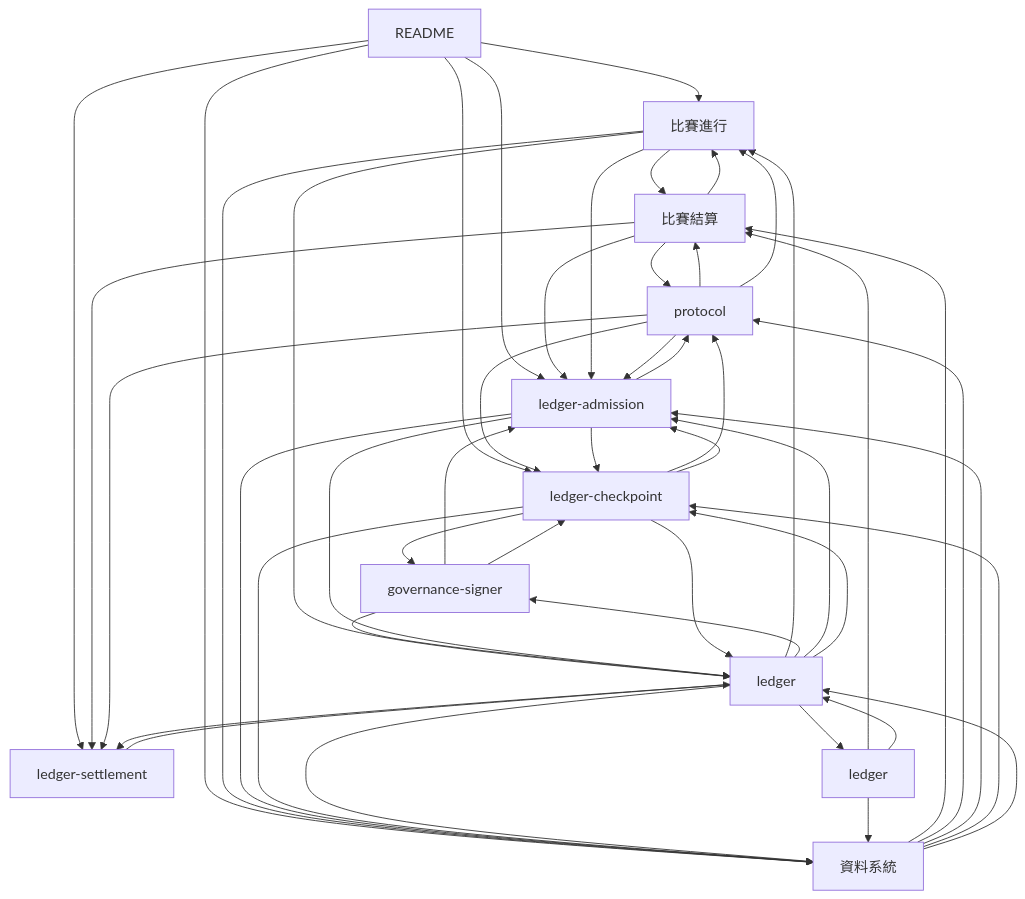
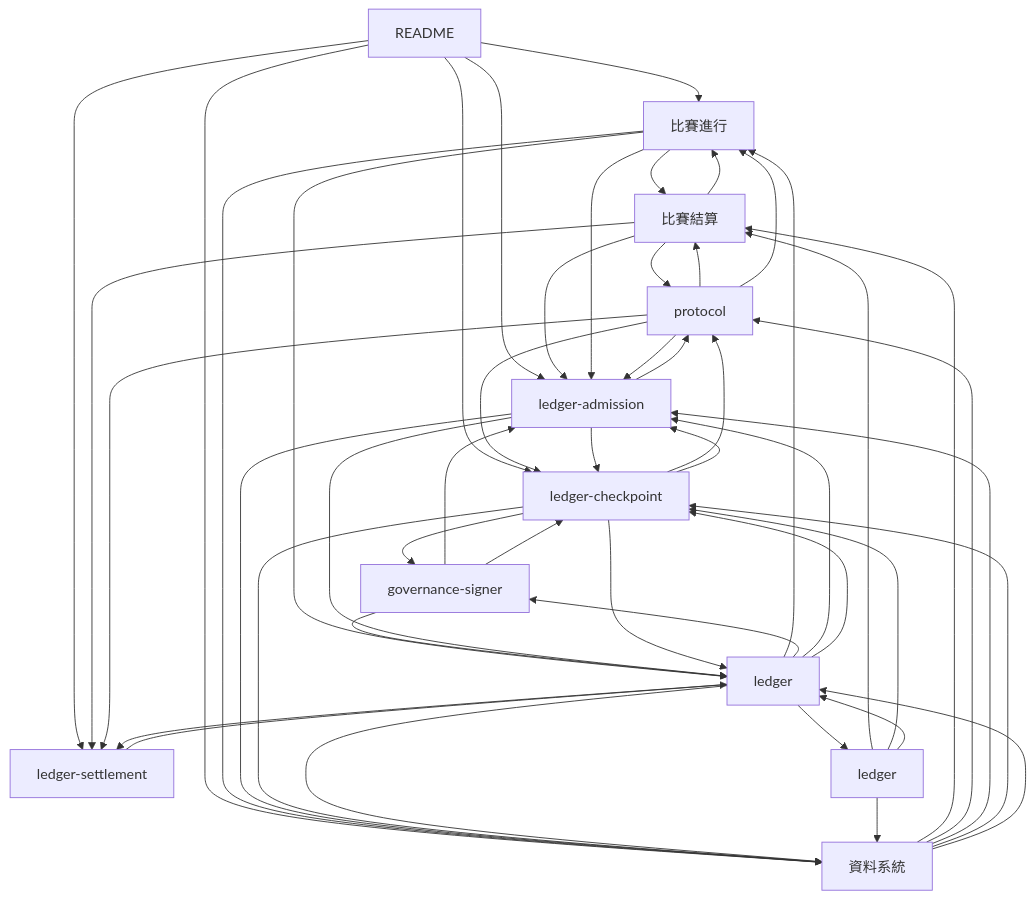
Before and after one commit to xjustloveux/open-4wd-specs: the first of 17 diagrams in docs-map.md, drawn with Mermaid. The commit also changed other lines of this file and 22 other files, not shown here.

````diff
--- a/docs-map.md
+++ b/docs-map.md
@@ -50,60 +50,61 @@
 ```mermaid
 flowchart TB
   n0["README"]
   n1["比賽結算"]
   n2["比賽進行"]
   n3["protocol"]
   n4["governance-signer"]
   n5["ledger-admission"]
   n6["ledger-checkpoint"]
   n7["ledger-settlement"]
   n8["ledger"]
   n9["ledger"]
   n10["資料系統"]
   n0 --> n2
   n0 --> n5
   n0 --> n6
   n0 --> n7
   n0 --> n10
   n1 --> n2
   n1 --> n3
   n1 --> n5
   n1 --> n7
   n2 --> n1
   n2 --> n5
   n2 --> n8
   n2 --> n10
   n3 --> n1
   n3 --> n2
   n3 --> n5
   n3 --> n6
   n3 --> n7
   n4 --> n5
   n4 --> n6
   n4 --> n8
   n5 --> n3
   n5 --> n6
   n5 --> n8
   n5 --> n10
   n6 --> n3
   n6 --> n4
   n6 --> n5
   n6 --> n8
   n6 --> n10
   n7 --> n8
   n8 --> n2
   n8 --> n4
   n8 --> n5
   n8 --> n6
   n8 --> n7
   n8 --> n9
   n8 --> n10
   n9 --> n1
+  n9 --> n6
   n9 --> n8
   n9 --> n10
   n10 --> n1
   n10 --> n3
   n10 --> n5
   n10 --> n6
   n10 --> n8
 ```
````
